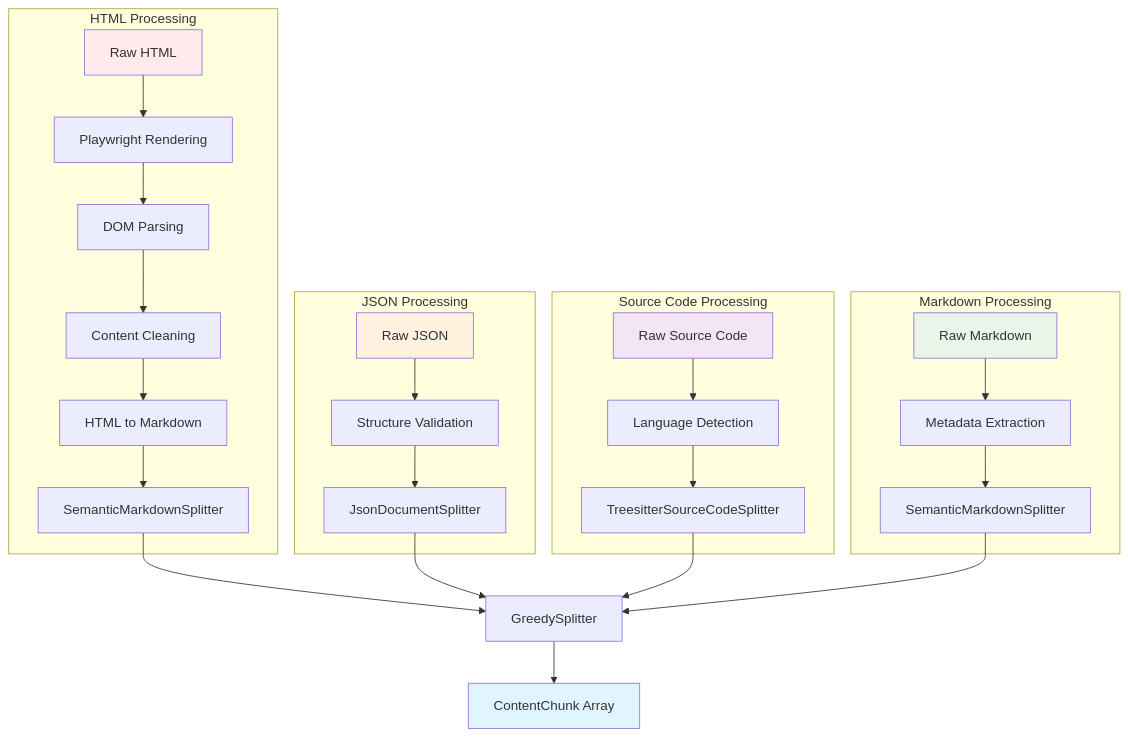
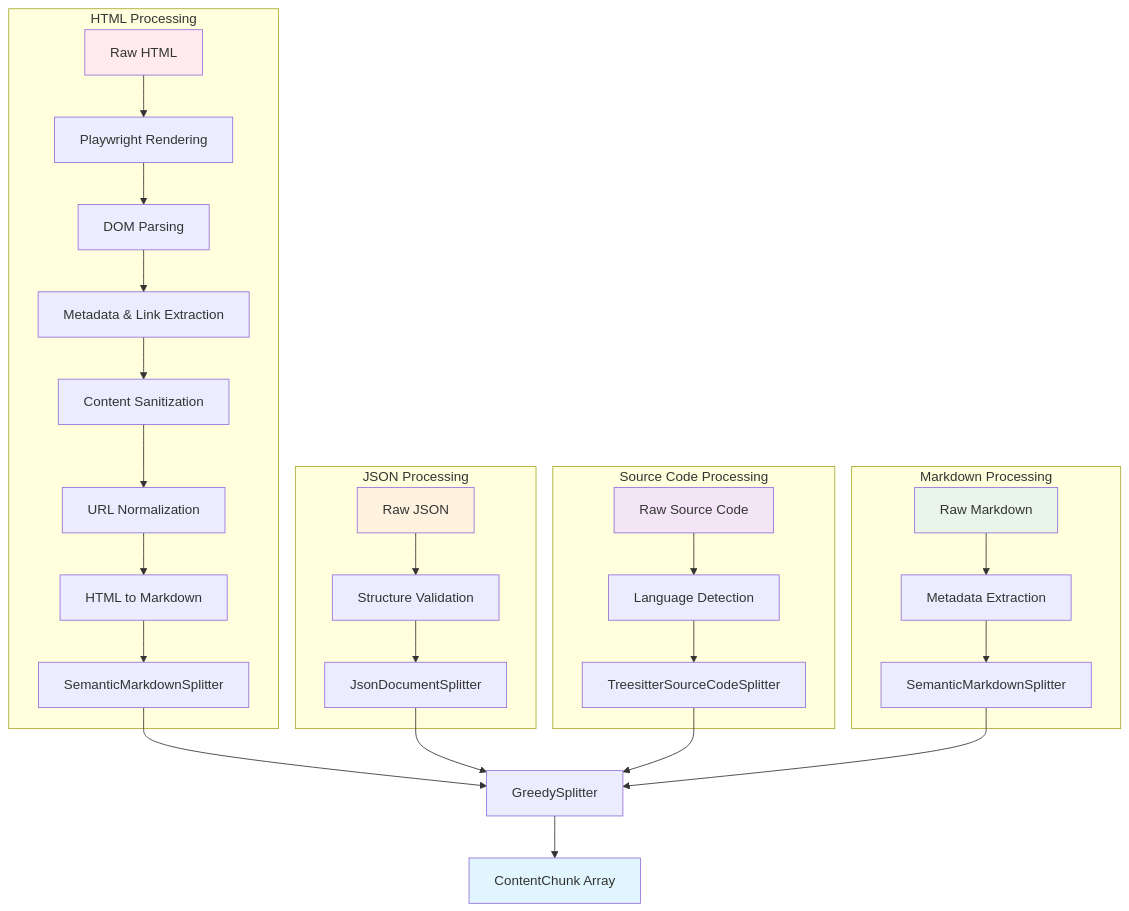
The second of 2 diagrams in docs/content-processing.md (arabold/docs-mcp-server), drawn with Mermaid before and after one commit. The commit also changed other lines of this file and 3 other files, not shown here.

Commit message:
fix(middleware): add HtmlNormalizationMiddleware for URL and link normalization

````diff
--- a/docs/content-processing.md
+++ b/docs/content-processing.md
@@ -155,37 +157,39 @@
 ```mermaid
 graph TD
     subgraph "HTML Processing"
         A1[Raw HTML] --> B1[Playwright Rendering]
         B1 --> C1[DOM Parsing]
-        C1 --> D1[Content Cleaning]
-        D1 --> E1[HTML to Markdown]
-        E1 --> F1[SemanticMarkdownSplitter]
+        C1 --> D1[Metadata & Link Extraction]
+        D1 --> E1[Content Sanitization]
+        E1 --> F1[URL Normalization]
+        F1 --> G1[HTML to Markdown]
+        G1 --> H1[SemanticMarkdownSplitter]
     end
 
     subgraph "JSON Processing"
         A2[Raw JSON] --> B2[Structure Validation]
         B2 --> C2[JsonDocumentSplitter]
     end
 
     subgraph "Source Code Processing"
         A3[Raw Source Code] --> B3[Language Detection]
         B3 --> C3[TreesitterSourceCodeSplitter]
     end
 
     subgraph "Markdown Processing"
         A4[Raw Markdown] --> B4[Metadata Extraction]
         B4 --> C4[SemanticMarkdownSplitter]
     end
 
-    F1 --> G[GreedySplitter]
+    H1 --> G[GreedySplitter]
     C2 --> G
     C3 --> G
     C4 --> G
     G --> H[ContentChunk Array]
 
     style A1 fill:#ffebee
     style A2 fill:#fff3e0
     style A3 fill:#f3e5f5
     style A4 fill:#e8f5e8
     style H fill:#e1f5fe
 ```
````
